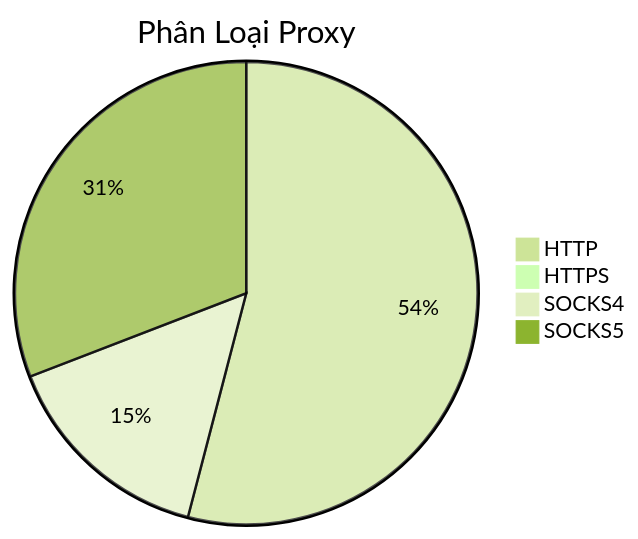
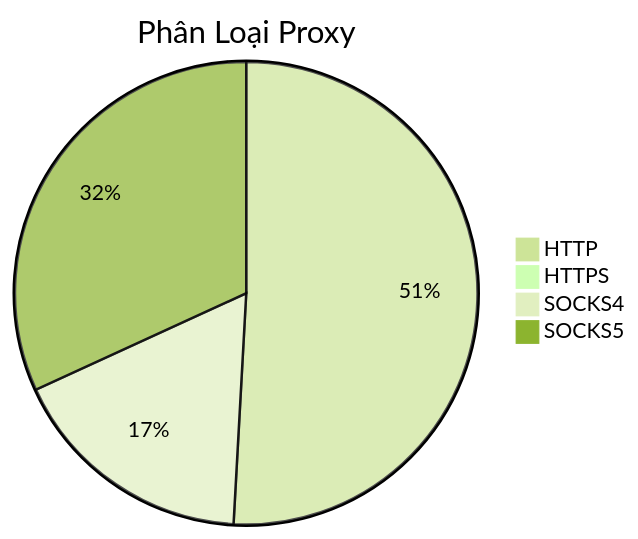
One commit to Ciara-12/PROXY-free changed the diagram in README.md. Above: the diagram before and after it, drawn with Mermaid (forest theme). The commit also changed other lines of this file and 4 other files, not shown here.

````diff
--- a/README.md
+++ b/README.md
@@ -26,7 +26,7 @@
 ```mermaid
 pie title Phân Loại Proxy
-    "HTTP" : 473
-    "HTTPS" : 1
-    "SOCKS4" : 132
-    "SOCKS5" : 270
+    "HTTP" : 524
+    "HTTPS" : 2
+    "SOCKS4" : 178
+    "SOCKS5" : 328
 ```
````
